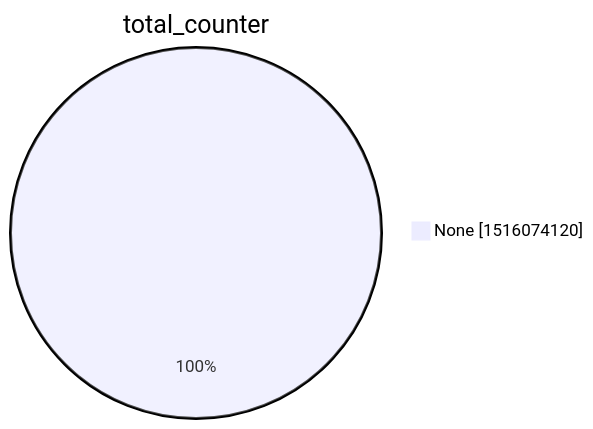
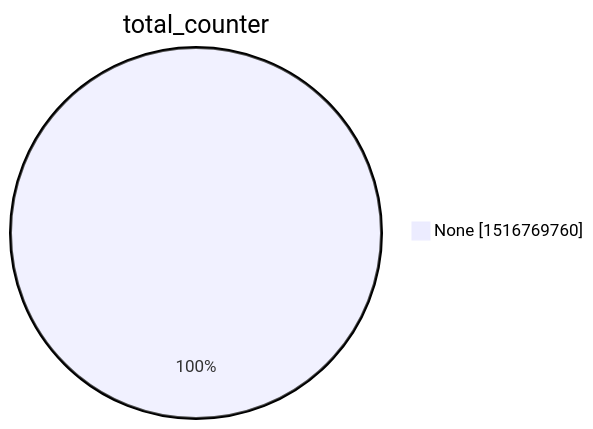
One commit to christiankrug/ctmonitor_visualization changed the second of 15 diagrams in xenon2022/README.md. Above: the diagram before and after it, drawn with Mermaid. The commit also changed other lines of this file, not shown here.

````diff
--- a/xenon2022/README.md
+++ b/xenon2022/README.md
@@ -9,5 +9,5 @@
 ```mermaid
 pie showData
 title total_counter
-"None" :1516074120
+"None" :1516769760
 ```
````
